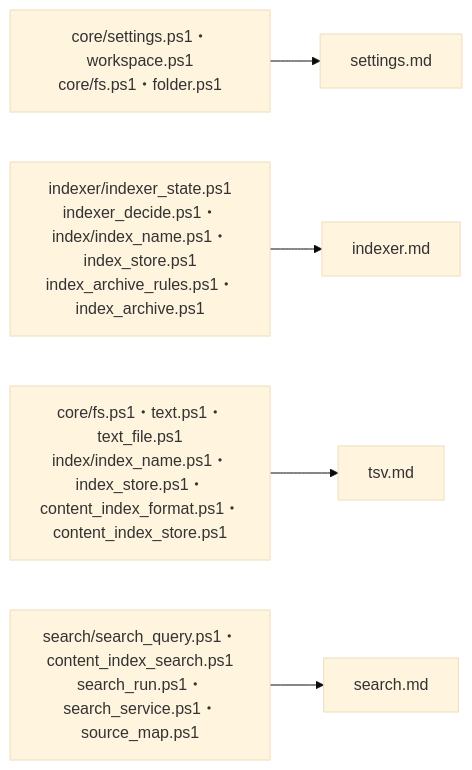
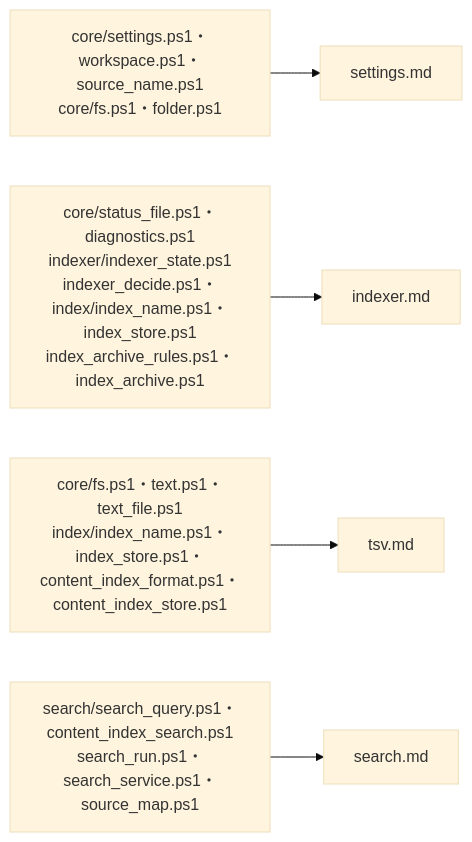
Before and after one commit to hsgwa/tebunko: the first of 3 diagrams in docs/design/reference/index.md, drawn with Mermaid (base theme). The commit also changed 20 other files, not shown here.

````diff
--- a/docs/design/reference/index.md
+++ b/docs/design/reference/index.md
@@ -12,7 +12,7 @@
 ```mermaid
 flowchart LR
-    settings["core/settings.ps1・workspace.ps1<br>core/fs.ps1・folder.ps1"] --> P1["settings.md"]
-    indexer["indexer/indexer_state.ps1<br>indexer_decide.ps1・index/index_name.ps1・index_store.ps1<br>index_archive_rules.ps1・index_archive.ps1"] --> P2["indexer.md"]
+    settings["core/settings.ps1・workspace.ps1・source_name.ps1<br>core/fs.ps1・folder.ps1"] --> P1["settings.md"]
+    indexer["core/status_file.ps1・diagnostics.ps1<br>indexer/indexer_state.ps1<br>indexer_decide.ps1・index/index_name.ps1・index_store.ps1<br>index_archive_rules.ps1・index_archive.ps1"] --> P2["indexer.md"]
     tsv["core/fs.ps1・text.ps1・text_file.ps1<br>index/index_name.ps1・index_store.ps1・content_index_format.ps1・content_index_store.ps1"] --> P3["tsv.md"]
     search["search/search_query.ps1・content_index_search.ps1<br>search_run.ps1・search_service.ps1・source_map.ps1"] --> P4["search.md"]
 ```
````
